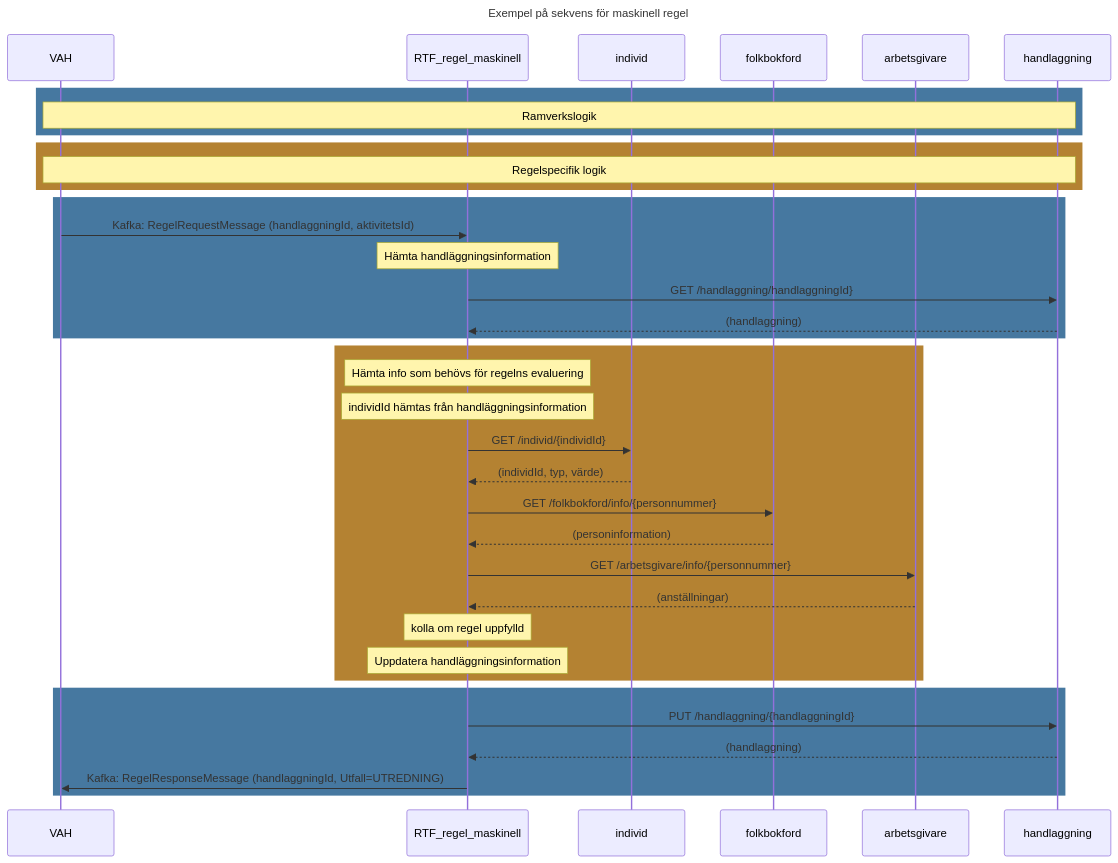
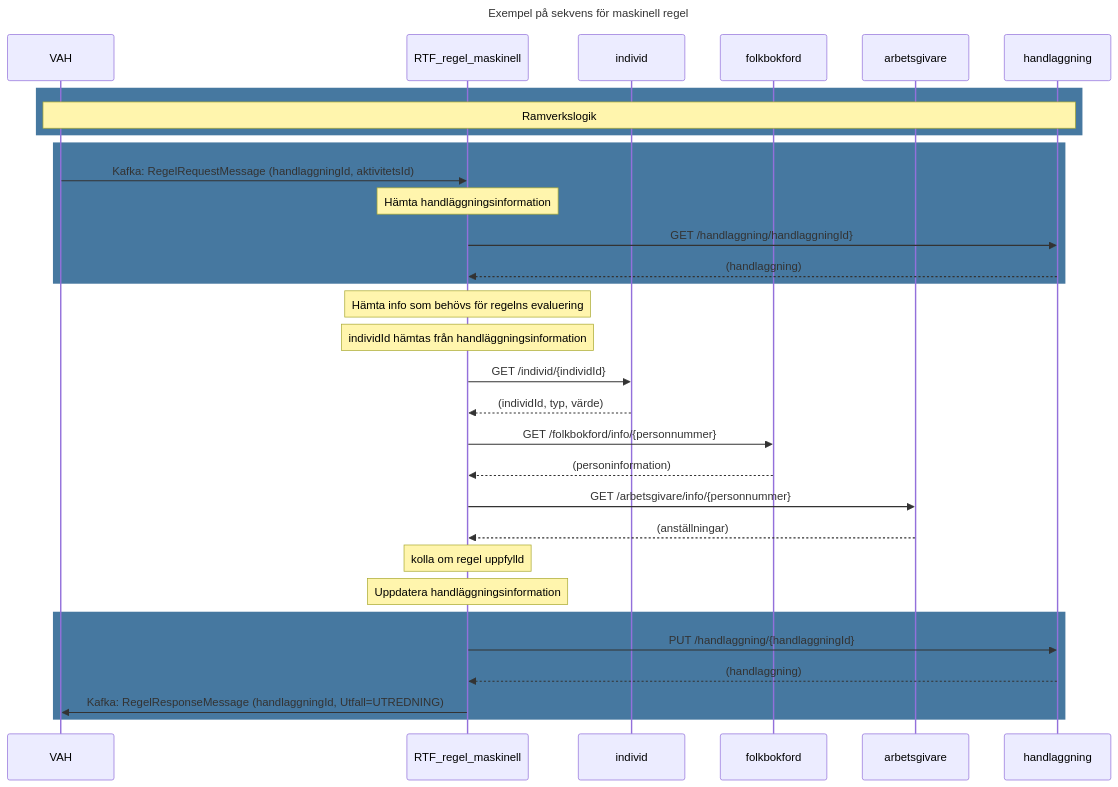
One commit to Forsakringskassan/rimfrost changed the diagram in sequences/ratt_till_forsakring_maskinell.mmd. Above: the diagram before and after it, drawn with Mermaid. The commit also changed 5 other files, not shown here.

Commit message:
fix: remove amber rects, keep only blue framework rects in sequence diagrams

```diff
--- a/sequences/ratt_till_forsakring_maskinell.mmd
+++ b/sequences/ratt_till_forsakring_maskinell.mmd
@@ -1,48 +1,43 @@
 sequenceDiagram
 title Exempel på sekvens för maskinell regel
 
     participant VAH
     participant RTF_regel_maskinell
     participant individ
     participant folkbokford
     participant arbetsgivare
     participant handlaggning
 
 rect rgb(70, 120, 160)
     note over VAH,handlaggning: Ramverkslogik
 end
-rect rgb(180, 130, 50)
-    note over VAH,handlaggning: Regelspecifik logik
-end
 
 rect rgb(70, 120, 160)
     VAH ->> RTF_regel_maskinell: Kafka: RegelRequestMessage (handlaggningId, aktivitetsId)
 
     note over RTF_regel_maskinell: Hämta handläggningsinformation
     RTF_regel_maskinell ->> handlaggning: GET /handlaggning/handlaggningId}
     handlaggning -->> RTF_regel_maskinell: (handlaggning)
 end
 
-rect rgb(180, 130, 50)
     note over RTF_regel_maskinell: Hämta info som behövs för regelns evaluering
     note over RTF_regel_maskinell: individId hämtas från handläggningsinformation
 
     RTF_regel_maskinell ->> individ: GET /individ/{individId}
     individ -->> RTF_regel_maskinell: (individId, typ, värde)
 
     RTF_regel_maskinell ->> folkbokford: GET /folkbokford/info/{personnummer}
     folkbokford -->> RTF_regel_maskinell: (personinformation)
 
     RTF_regel_maskinell ->> arbetsgivare: GET /arbetsgivare/info/{personnummer}
     arbetsgivare -->> RTF_regel_maskinell: (anställningar)
 
     note over RTF_regel_maskinell: kolla om regel uppfylld
     note over RTF_regel_maskinell: Uppdatera handläggningsinformation
-end
 
 rect rgb(70, 120, 160)
     RTF_regel_maskinell ->> handlaggning: PUT /handlaggning/{handlaggningId}
     handlaggning -->> RTF_regel_maskinell: (handlaggning)
 
     RTF_regel_maskinell ->> VAH: Kafka: RegelResponseMessage (handlaggningId, Utfall=UTREDNING)
 end
```
